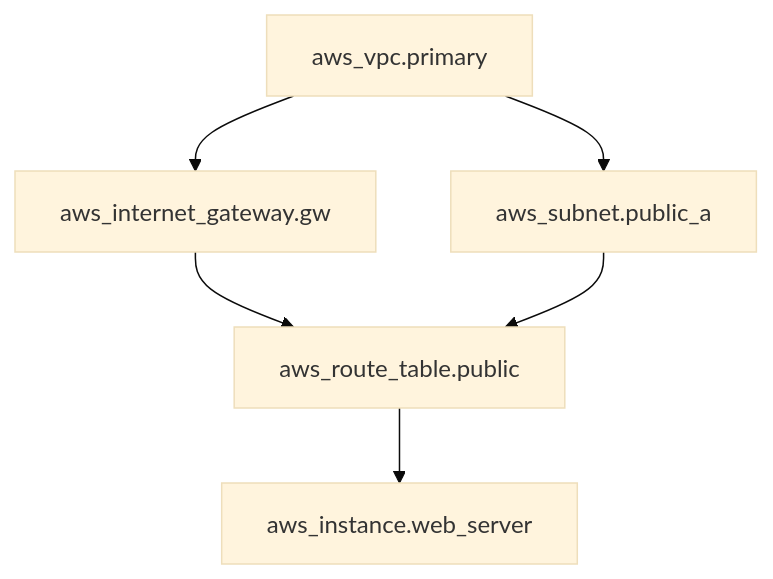
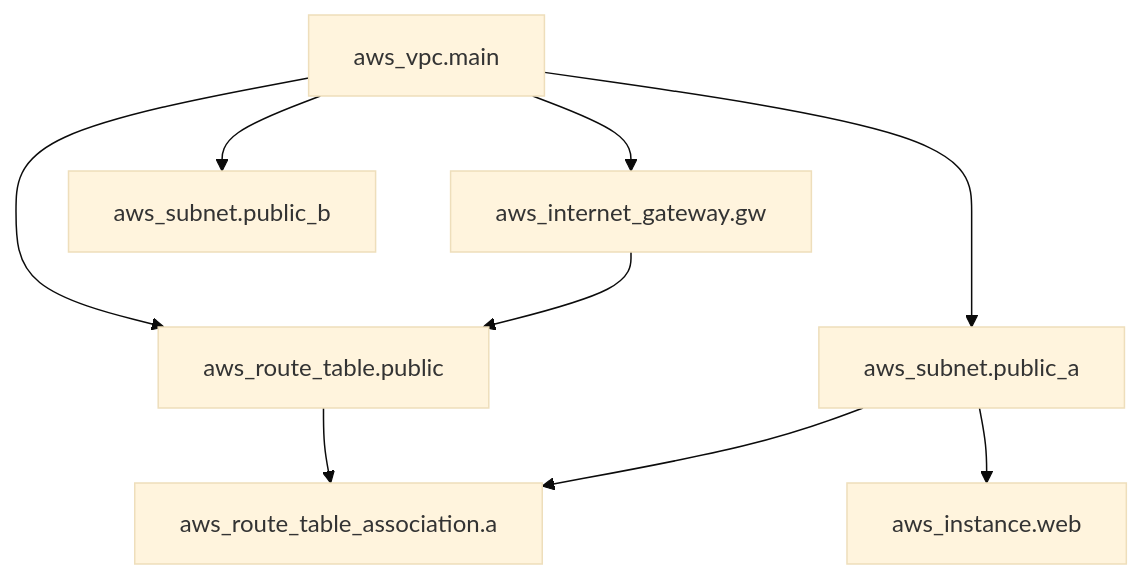
One commit to TheLearningHubOrg/learn-terraform changed the seventh of 28 diagrams in README.md. Above: the diagram before and after it, drawn with Mermaid (base theme). The commit also changed other lines of this file and 31 other files, not shown here.

````diff
--- a/README.md
+++ b/README.md
@@ -128,8 +669,11 @@
 ```mermaid
-graph TD
-    VPC["aws_vpc.primary"] --> IGW["aws_internet_gateway.gw"]
-    VPC --> SUB["aws_subnet.public_a"]
-    IGW --> RT["aws_route_table.public"]
-    SUB --> RT
-    RT --> EC2["aws_instance.web_server"]
+flowchart TD
+    VPC["aws_vpc.main"] --> IGW["aws_internet_gateway.gw"]
+    VPC --> SUBA["aws_subnet.public_a"]
+    VPC --> SUBB["aws_subnet.public_b"]
+    VPC --> RT["aws_route_table.public"]
+    IGW --> RT
+    RT --> RTA["aws_route_table_association.a"]
+    SUBA --> RTA
+    SUBA --> EC2["aws_instance.web"]
 ```
````
